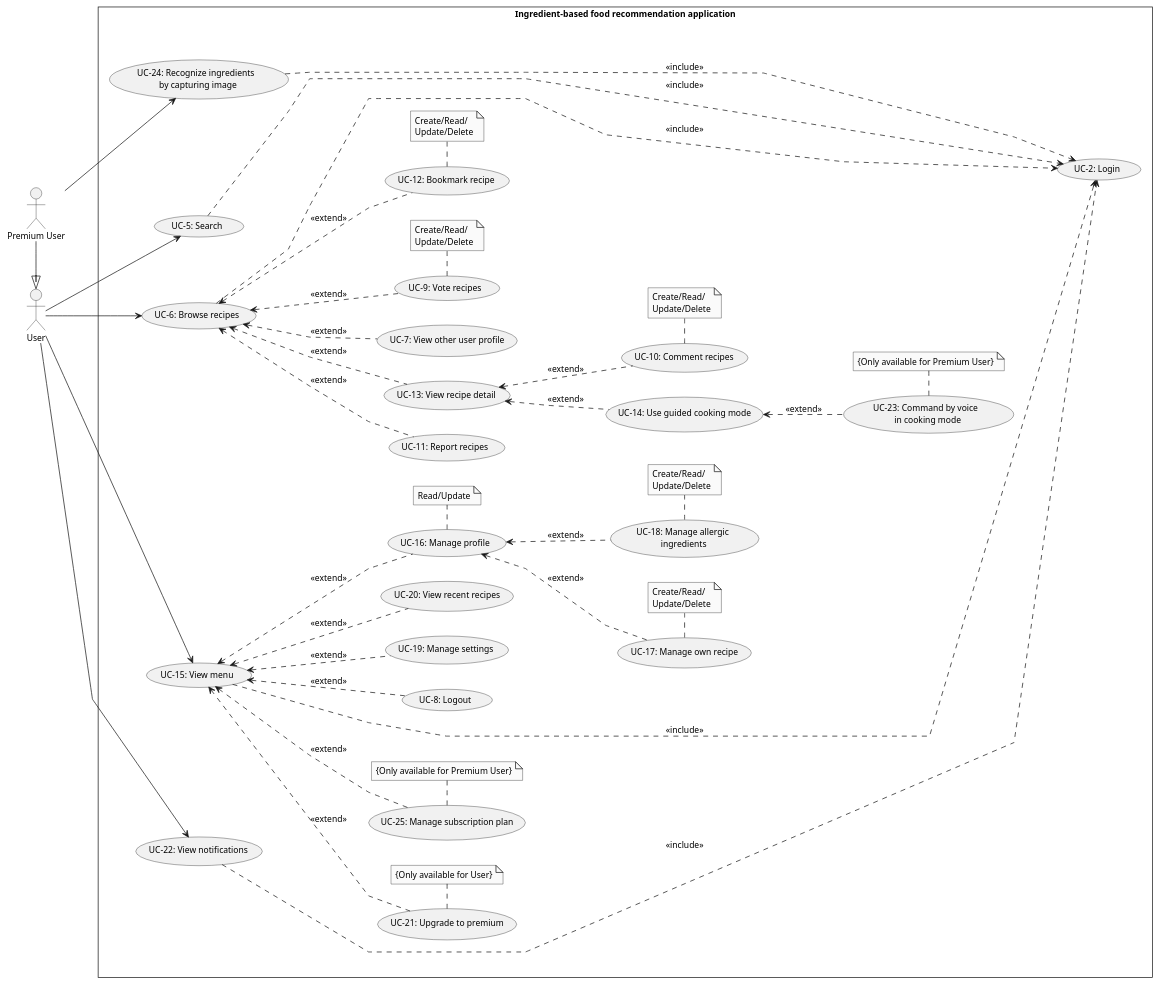
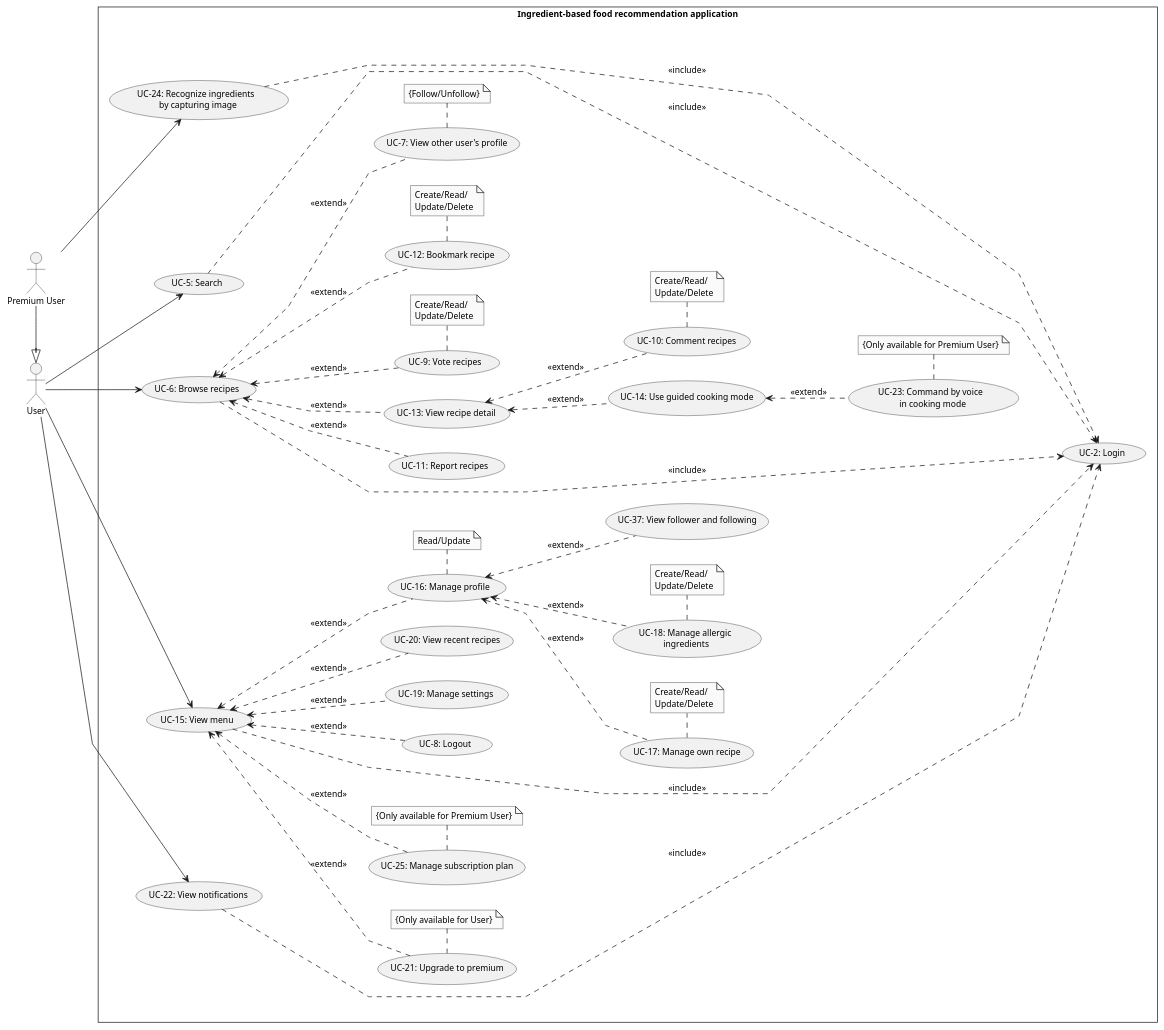
Before and after one commit to Carl-Johnsons/tastopia: the diagram in doc/SRS/Usecase/UserUsecase/UserUsecase.plantuml, drawn with PlantUML. The commit also changed 1 other file, not shown here.

Commit message:
doc: add follow, unfollow and following

```diff
--- a/doc/SRS/Usecase/UserUsecase/UserUsecase.plantuml
+++ b/doc/SRS/Usecase/UserUsecase/UserUsecase.plantuml
@@ -1,99 +1,102 @@
 @startuml UserUsecase
 skinparam style strictuml
 skinparam monochrome true
 skinparam linetype polyline
 skinparam defaultFontSize 12
 left to right direction
 actor "User" as user
 actor "Premium User" as pUser
 ' actor "Admin" as admin
 rectangle Ingredient-based<U+0020>food<U+0020>recommendation<U+0020>application {
     usecase "UC-2: Login" as ucLogin
     usecase "UC-8: Logout" as ucLogout
 
     usecase "UC-5: Search" as ucSearch
 
     usecase "UC-6: Browse recipes" as ucBrowseRecipes
     usecase "UC-9: Vote recipes" as ucVoteRecipe
     usecase "UC-10: Comment recipes" as ucCmtRecipe
     usecase "UC-11: Report recipes" as ucReportRecipe
     usecase "UC-12: Bookmark recipe" as ucBookmarkRecipe
     usecase "UC-13: View recipe detail" as ucViewRecipeDetail
     usecase "UC-14: Use guided cooking mode" as ucGuidedCCM
-    usecase "UC-7: View other user profile" as ucViewUSProfile
+    usecase "UC-7: View other user's profile" as ucViewUSProfile
 
     usecase "UC-15: View menu" as ucViewMenu
     usecase "UC-16: Manage profile" as ucManageProfile
     usecase "UC-17: Manage own recipe" as ucManageRecipe
     usecase "UC-18: Manage allergic\n ingredients" as ucManageAller
     usecase "UC-19: Manage settings" as ucManageSetting
     usecase "UC-20: View recent recipes" as ucViewRecentRecipes
     usecase "UC-21: Upgrade to premium" as ucUpgradeToPremium
 
     usecase "UC-22: View notifications" as ucViewNotif
-    
+    usecase "UC-37: View follower and following" as ucViewFollow
+
     note "Create/Read/\nUpdate/Delete" as noteManageRecipe
     note "Create/Read/\nUpdate/Delete" as noteManageAller
     note "Read/Update" as noteManageProfile
     note "Create/Read/\nUpdate/Delete" as noteVoteRecipe
     note "Create/Read/\nUpdate/Delete" as noteCmtRecipe
     note "Create/Read/\nUpdate/Delete" as noteBookmarkRecipe
     note "{Only available for User}" as noteUpgradeToPremium
-
+    note "{Follow/Unfollow}" as noteViewUSProfile
 
     user --> ucSearch
 
     user --> ucBrowseRecipes
         ucBrowseRecipes <.. ucVoteRecipe : <<extend>>
             ucVoteRecipe . noteVoteRecipe
         ucBrowseRecipes <.. ucReportRecipe : <<extend>>
         ucBrowseRecipes <.. ucViewRecipeDetail : <<extend>>
             ucViewRecipeDetail <.. ucCmtRecipe : <<extend>>
                 ucCmtRecipe . noteCmtRecipe
             ucViewRecipeDetail <.. ucGuidedCCM : <<extend>>
         ucBrowseRecipes <.. ucBookmarkRecipe : <<extend>>
             ucBookmarkRecipe . noteBookmarkRecipe
         ucBrowseRecipes <.. ucViewUSProfile : <<extend>>
+            ucViewUSProfile . noteViewUSProfile
 
     user --> ucViewMenu
         ucViewMenu <.. ucManageProfile : <<extend>>
             ucManageProfile . noteManageProfile
             ucManageProfile <.. ucManageRecipe : <<extend>>
+            ucManageProfile <.. ucViewFollow : <<extend>>
                 ucManageRecipe . noteManageRecipe
             ucManageProfile <.. ucManageAller : <<extend>>
                 ucManageAller . noteManageAller
         ucViewMenu <.. ucManageSetting : <<extend>>
         ucViewMenu <.. ucViewRecentRecipes : <<extend>>
         ucViewMenu <.. ucUpgradeToPremium : <<extend>>
             ucUpgradeToPremium . noteUpgradeToPremium
         ucViewMenu <.. ucLogout : <<extend>>
 
     user --> ucViewNotif
 
     ucSearch .....> ucLogin : <<include>>
     ucBrowseRecipes .....> ucLogin : <<include>>
     ucViewMenu .....> ucLogin : <<include>>
     ucViewNotif .....>ucLogin : <<include>>
 
 
     usecase "UC-23: Command by voice \n in cooking mode" as ucCommandVoiceCCM
     usecase "UC-24: Recognize ingredients \n by capturing image" as ucRecognizeIngre
     usecase "UC-25: Manage subscription plan" as ucMngSubcriptPlan
     
 
     note "{Only available for Premium User}" as noteMngSubcriptPlan
     note "{Only available for Premium User}" as noteCommandVoiceCCM
 
 
     pUser -|> user
     pUser --> ucRecognizeIngre
     ucGuidedCCM <.. ucCommandVoiceCCM : <<extend>>
         ucCommandVoiceCCM . noteCommandVoiceCCM
     ucViewMenu <.. ucMngSubcriptPlan : <<extend>>
         ucMngSubcriptPlan . noteMngSubcriptPlan
 
     ucRecognizeIngre .....> ucLogin : <<include>>
 
 }
 
 @enduml
```
